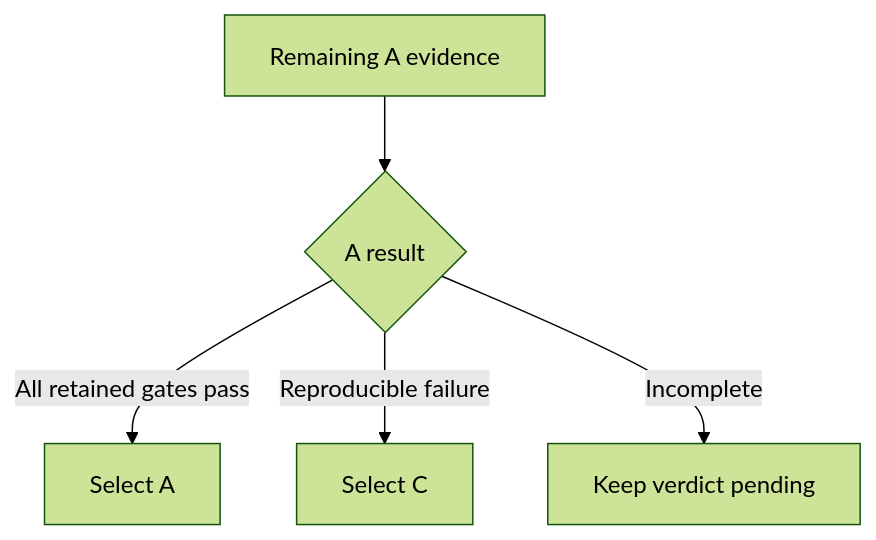
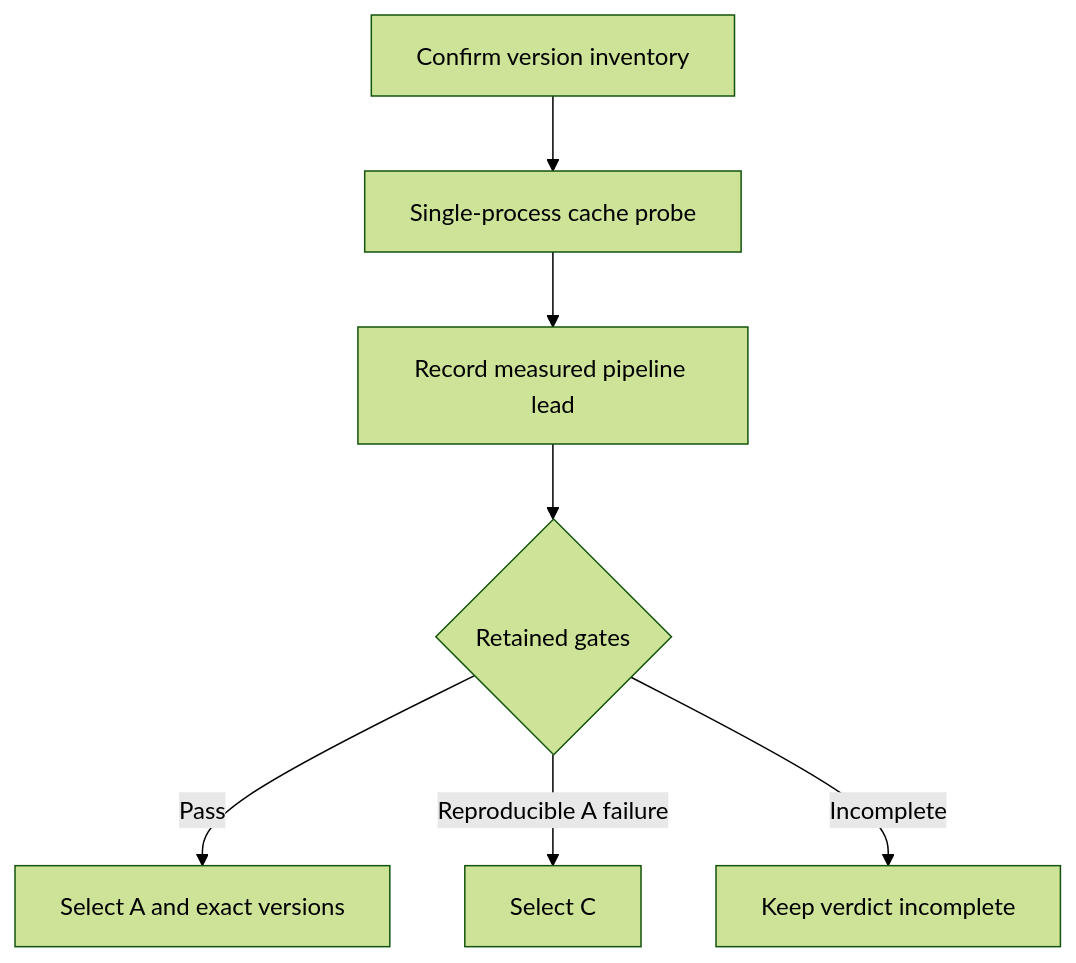
Before and after one commit to ophis/agent-pm: the sixth of 6 diagrams in docs/docker-codex.md, drawn with Mermaid (forest theme). The commit also changed other lines of this file and 1 other file, not shown here.

Commit message:
docs(TASK-647): narrow verdict gates and record second refresh

````diff
--- a/docs/docker-codex.md
+++ b/docs/docker-codex.md
@@ -376,7 +392,9 @@
 ```mermaid
 flowchart TD
-    P[Remaining A evidence] --> D{A result}
-    D -->|All retained gates pass| A[Select A]
-    D -->|Reproducible failure| C[Select C]
-    D -->|Incomplete| W[Keep verdict pending]
+    I[Confirm version inventory] --> P[Single-process cache probe]
+    P --> M[Record measured pipeline lead]
+    M --> D{Retained gates}
+    D -->|Pass| A[Select A and exact versions]
+    D -->|Reproducible A failure| C[Select C]
+    D -->|Incomplete| W[Keep verdict incomplete]
 ```
````
